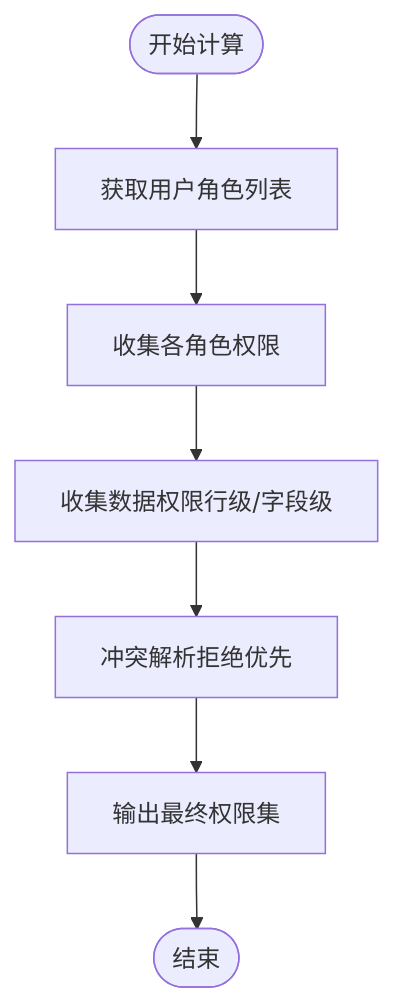
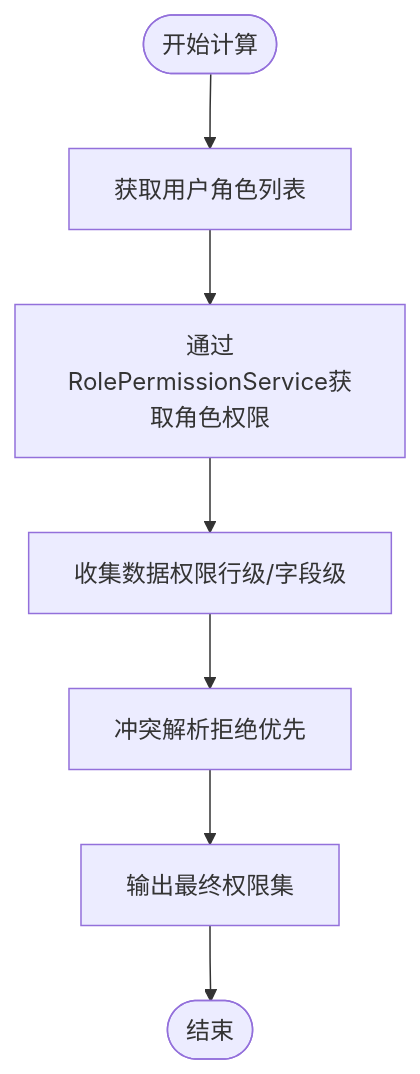
The seventh of 10 diagrams in .qoder/repowiki/zh/content/权限控制系统/权限控制系统.md (liming-lihaini/workflow), drawn with Mermaid before and after one commit. The commit also changed other lines of this file and 57 other files, not shown here.

````diff
--- a/.qoder/repowiki/zh/content/权限控制系统/权限控制系统.md
+++ b/.qoder/repowiki/zh/content/权限控制系统/权限控制系统.md
@@ -425,9 +444,9 @@
 ```mermaid
 flowchart TD
 Enter(["开始计算"]) --> GetUserRoles["获取用户角色列表"]
-GetUserRoles --> CollectPerms["收集各角色权限"]
-CollectPerms --> CollectDataPerms["收集数据权限行级/字段级"]
+GetUserRoles --> GetRolePerms["通过RolePermissionService获取角色权限"]
+GetRolePerms --> CollectDataPerms["收集数据权限行级/字段级"]
 CollectDataPerms --> ResolveConflicts["冲突解析拒绝优先"]
 ResolveConflicts --> Output["输出最终权限集"]
 Output --> Exit(["结束"])
 ```
````
